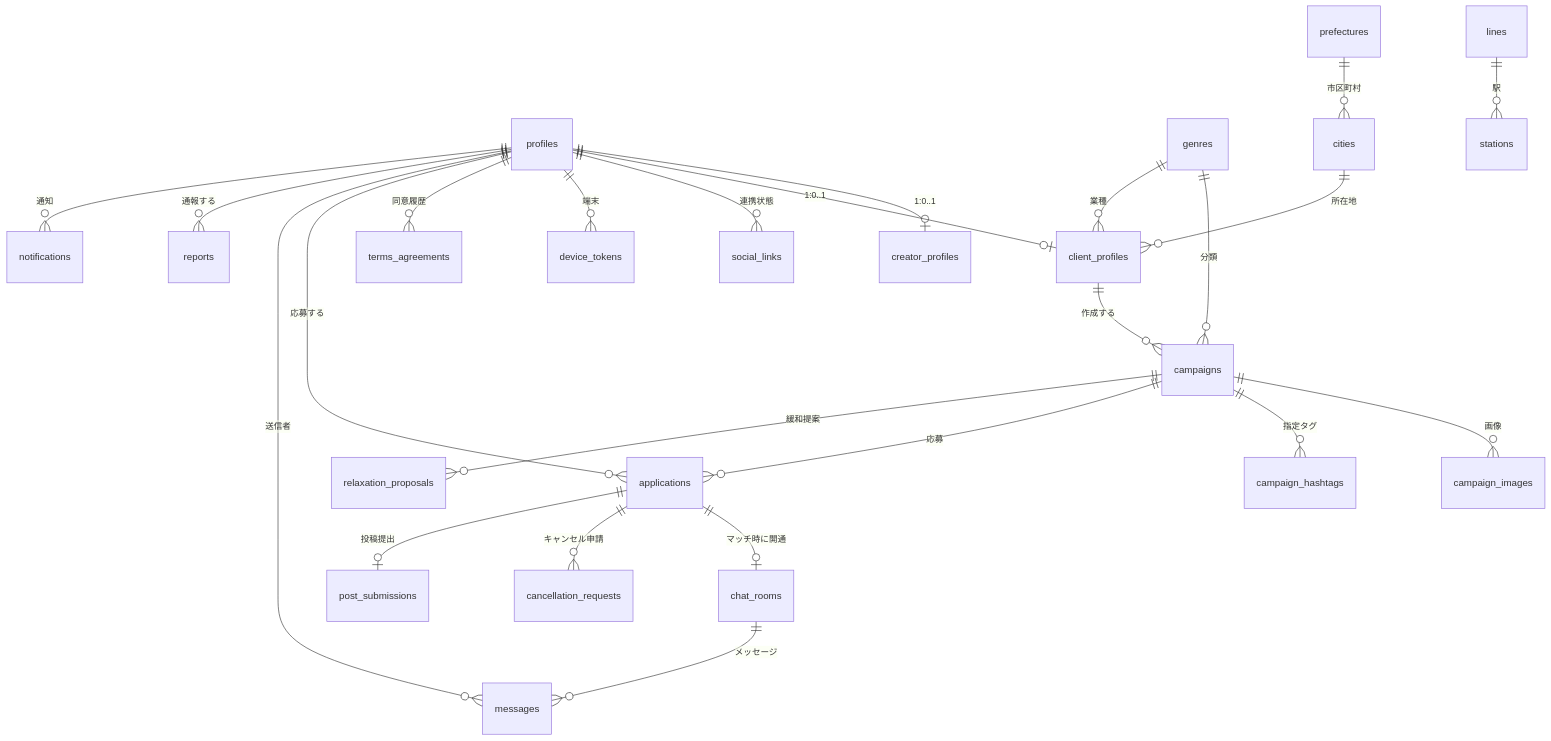
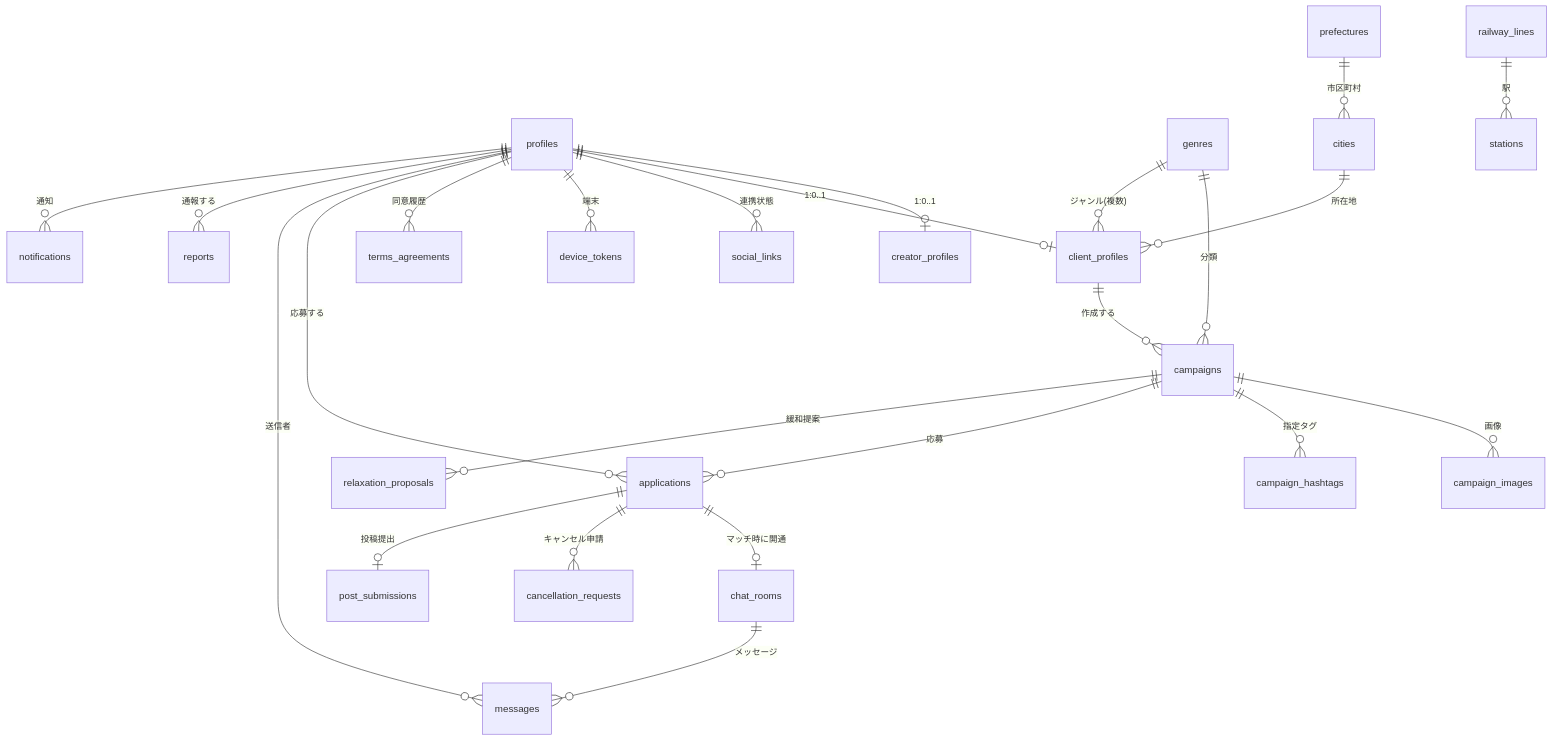
The first of 2 diagrams in docs/requirements/08_data_model.md (channpokoapps/Insight-match-app), drawn with Mermaid before and after one commit. The commit also changed other lines of this file and 3 other files, not shown here.

````diff
--- a/docs/requirements/08_data_model.md
+++ b/docs/requirements/08_data_model.md
@@ -23,31 +23,31 @@
 ```mermaid
 erDiagram
   profiles ||--o| creator_profiles : "1:0..1"
   profiles ||--o| client_profiles : "1:0..1"
   profiles ||--o{ social_links : "連携状態"
   profiles ||--o{ device_tokens : "端末"
   profiles ||--o{ terms_agreements : "同意履歴"
 
   client_profiles ||--o{ campaigns : "作成する"
   genres ||--o{ campaigns : "分類"
-  genres ||--o{ client_profiles : "業種"
+  genres ||--o{ client_profiles : "ジャンル(複数)"
   campaigns ||--o{ campaign_images : "画像"
   campaigns ||--o{ campaign_hashtags : "指定タグ"
   campaigns ||--o{ applications : "応募"
   campaigns ||--o{ relaxation_proposals : "緩和提案"
 
   profiles ||--o{ applications : "応募する"
   applications ||--o| chat_rooms : "マッチ時に開通"
   applications ||--o{ cancellation_requests : "キャンセル申請"
   applications ||--o| post_submissions : "投稿提出"
 
   chat_rooms ||--o{ messages : "メッセージ"
   profiles ||--o{ messages : "送信者"
 
   profiles ||--o{ reports : "通報する"
   profiles ||--o{ notifications : "通知"
 
   prefectures ||--o{ cities : "市区町村"
   cities ||--o{ client_profiles : "所在地"
-  lines ||--o{ stations : "駅"
+  railway_lines ||--o{ stations : "駅"
 ```
````
